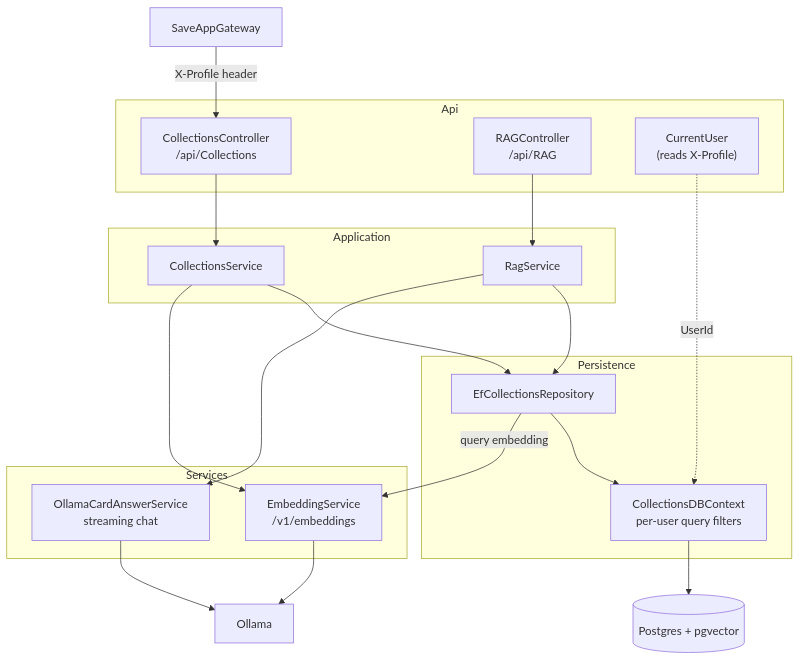
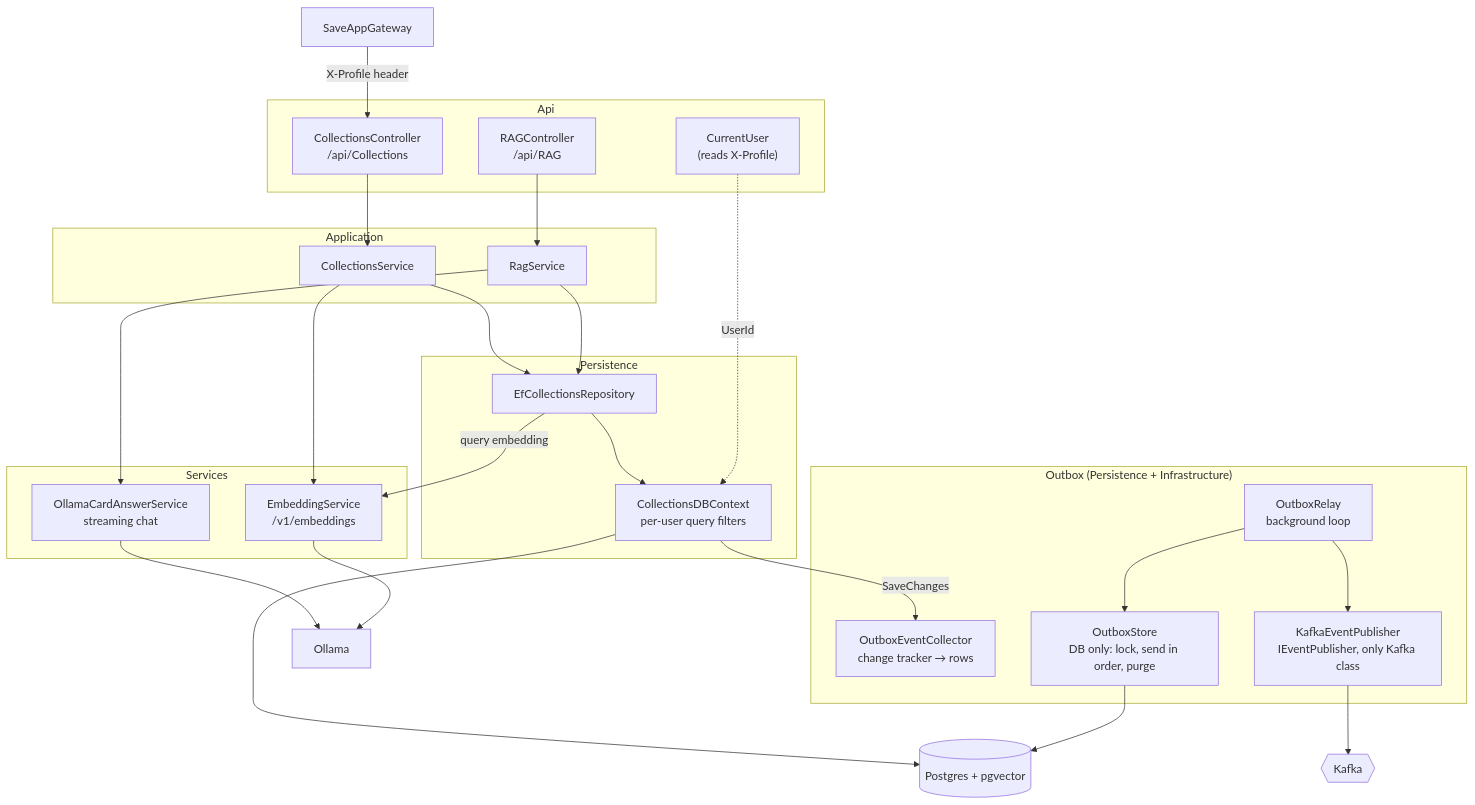
One commit to Assaviv/CollectionsProject changed the first of 3 diagrams in CollectionsDB/README.md. Above: the diagram before and after it, drawn with Mermaid. The commit also changed other lines of this file and 30 other files, not shown here.

First line of the commit message:
feat(outbox): implement transactional outbox pattern for Kafka event publishing (#26)

````diff
--- a/CollectionsDB/README.md
+++ b/CollectionsDB/README.md
@@ -7,32 +7,42 @@
 ```mermaid
 flowchart TD
     GW[SaveAppGateway] -->|"X-Profile header"| C
 
     subgraph Api
         C["CollectionsController<br/>/api/Collections"]
         R["RAGController<br/>/api/RAG"]
         CU["CurrentUser<br/>(reads X-Profile)"]
     end
 
     subgraph Application
         CSvc[CollectionsService]
         RSvc[RagService]
     end
 
     subgraph Persistence
         Repo[EfCollectionsRepository]
         Ctx["CollectionsDBContext<br/>per-user query filters"]
     end
 
     subgraph Services
         Emb["EmbeddingService<br/>/v1/embeddings"]
         Llm["OllamaCardAnswerService<br/>streaming chat"]
     end
 
+    subgraph Outbox["Outbox (Persistence + Infrastructure)"]
+        Col["OutboxEventCollector<br/>change tracker → rows"]
+        Store["OutboxStore<br/>DB only: lock, send in order, purge"]
+        Relay["OutboxRelay<br/>background loop"]
+        Pub["KafkaEventPublisher<br/>IEventPublisher, only Kafka class"]
+    end
+
     C --> CSvc --> Repo --> Ctx --> PG[("Postgres + pgvector")]
     R --> RSvc --> Repo
     RSvc --> Llm --> OL[Ollama]
     CSvc --> Emb --> OL
     Repo -->|query embedding| Emb
     CU -.->|UserId| Ctx
+    Ctx -->|"SaveChanges"| Col
+    Relay --> Store --> PG
+    Relay --> Pub --> KF{{Kafka}}
 ```
````
